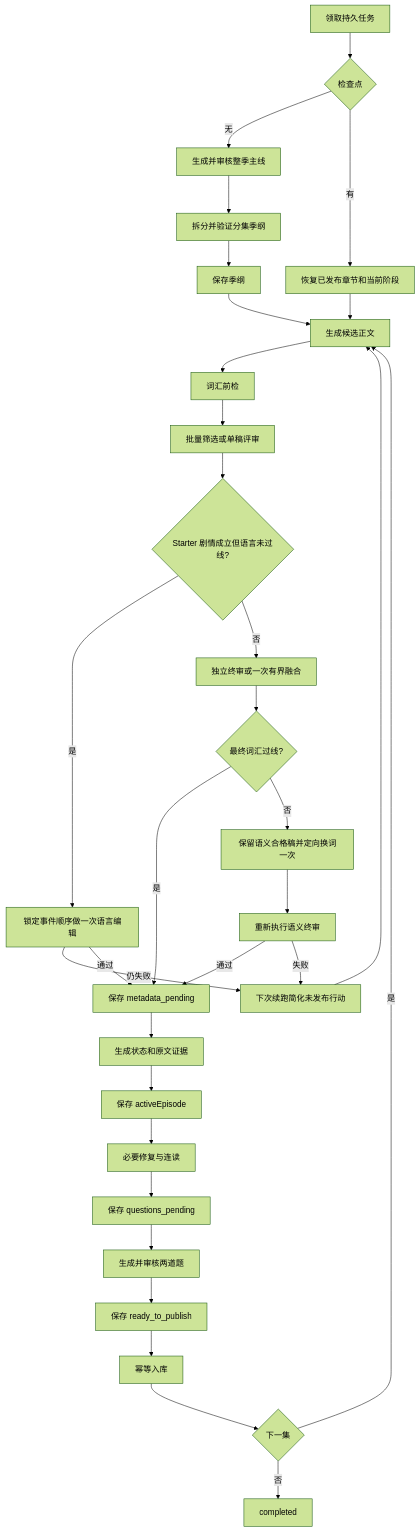
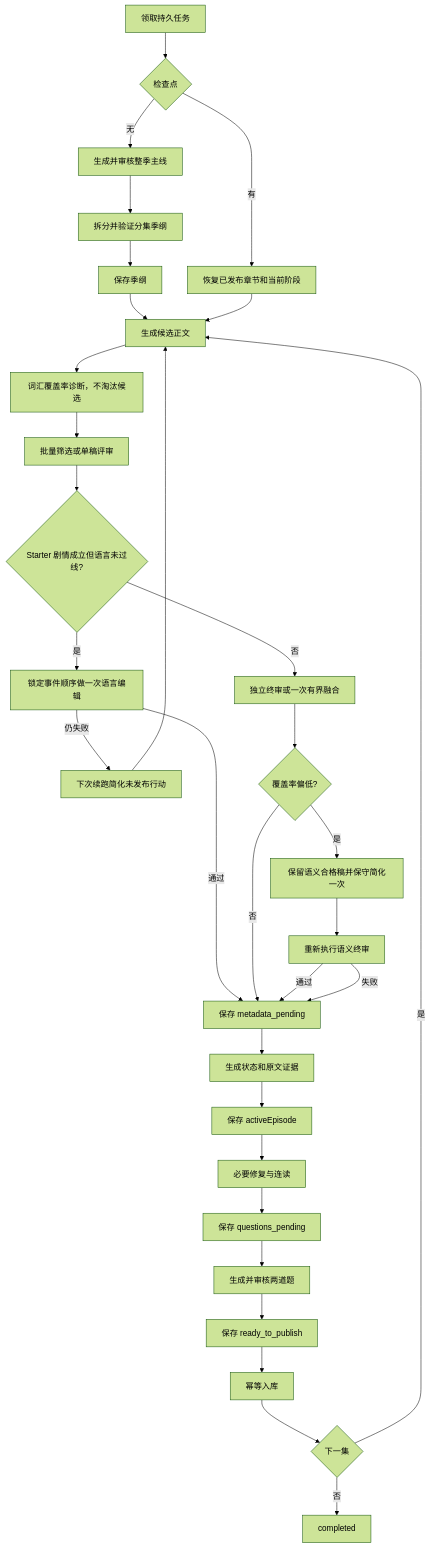
One commit to zhuangzhineng0902/read-remember changed the diagram in server/README.md. Above: the diagram before and after it, drawn with Mermaid (forest theme). The commit also changed other lines of this file and 4 other files, not shown here.

````diff
--- a/server/README.md
+++ b/server/README.md
@@ -152,34 +152,34 @@
 ```mermaid
 flowchart TD
   Q[领取持久任务] --> C{检查点}
   C -- 无 --> P[生成并审核整季主线]
   C -- 有 --> R[恢复已发布章节和当前阶段]
   P --> D[拆分并验证分集季纲]
   D --> B[保存季纲]
   B --> E[生成候选正文]
   R --> E
-  E --> V[词汇前检]
+  E --> V[词汇覆盖率诊断，不淘汰候选]
   V --> S[批量筛选或单稿评审]
   S --> L{Starter 剧情成立但语言未过线?}
   L -- 是 --> LE[锁定事件顺序做一次语言编辑]
   LE -- 仍失败 --> LP[下次续跑简化未发布行动]
   LP --> E
   L -- 否 --> F[独立终审或一次有界融合]
   LE -- 通过 --> M0
-  F --> FV{最终词汇过线?}
-  FV -- 是 --> M0[保存 metadata_pending]
-  FV -- 否 --> VE[保留语义合格稿并定向换词一次]
+  F --> FV{覆盖率偏低?}
+  FV -- 否 --> M0[保存 metadata_pending]
+  FV -- 是 --> VE[保留语义合格稿并保守简化一次]
   VE --> VR[重新执行语义终审]
   VR -- 通过 --> M0
-  VR -- 失败 --> LP
+  VR -- 失败 --> M0
   M0 --> M[生成状态和原文证据]
   M --> A[保存 activeEpisode]
   A --> X[必要修复与连读]
   X --> Q0[保存 questions_pending]
   Q0 --> T[生成并审核两道题]
   T --> P0[保存 ready_to_publish]
   P0 --> I[幂等入库]
   I --> N{下一集}
   N -- 是 --> E
   N -- 否 --> Z[completed]
 ```
````
